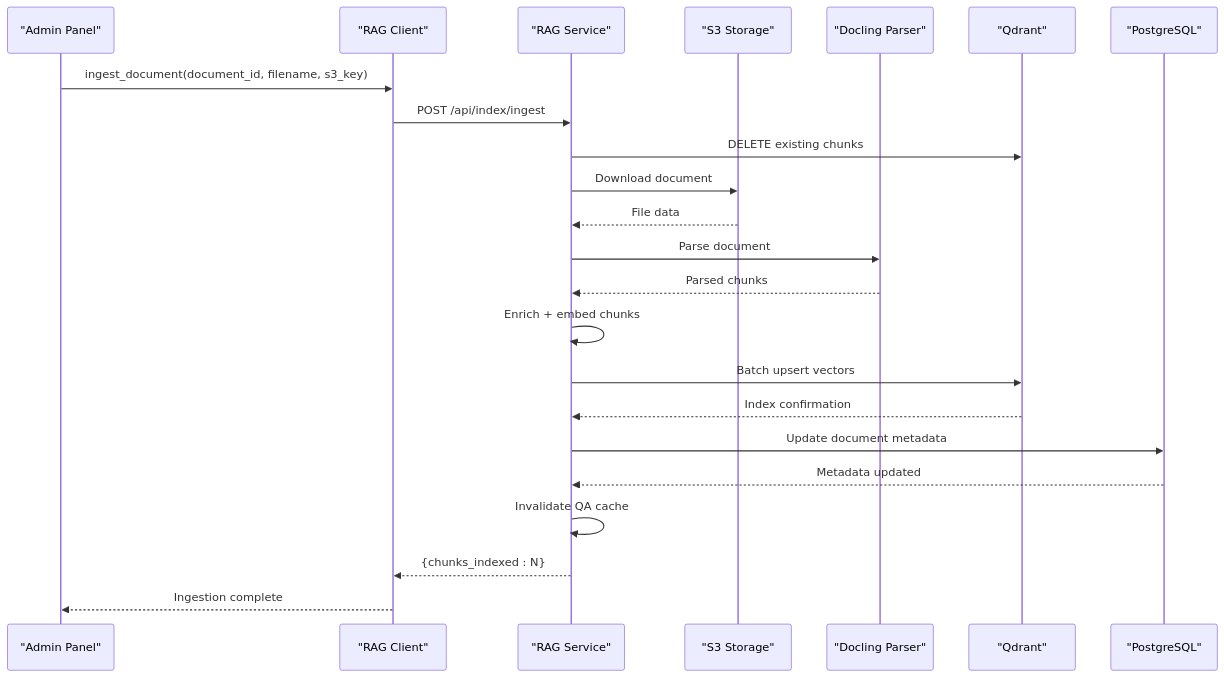
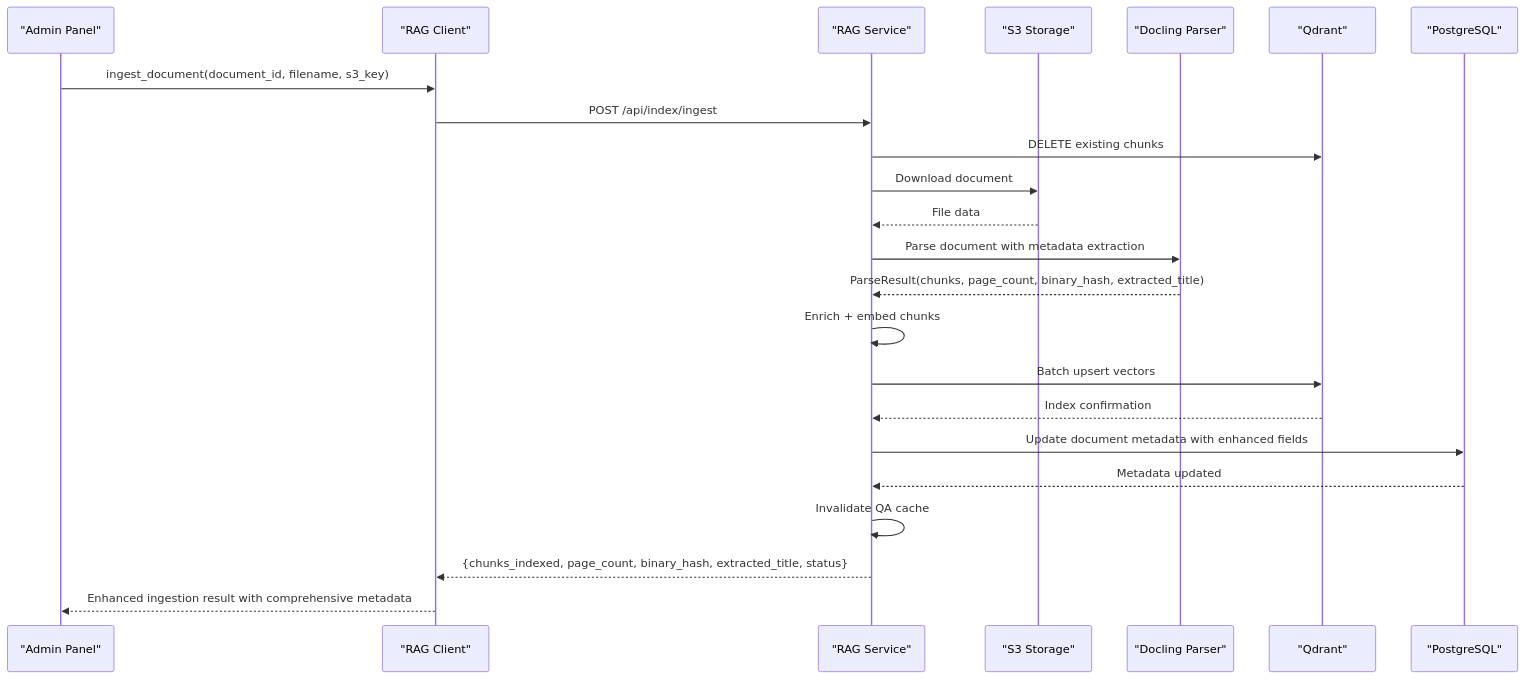
Before and after one commit to ognelis/cafetera_hr_bot: diagram 11 of 13 in .qoder/repowiki/en/content/API Reference/RAG Client Integration.md, drawn with Mermaid. The commit also changed other lines of this file and 9 other files, not shown here.

````diff
--- a/.qoder/repowiki/en/content/API Reference/RAG Client Integration.md
+++ b/.qoder/repowiki/en/content/API Reference/RAG Client Integration.md
@@ -527,25 +562,25 @@
 ```mermaid
 sequenceDiagram
 participant Admin as "Admin Panel"
 participant RAGClient as "RAG Client"
 participant RAGService as "RAG Service"
 participant S3 as "S3 Storage"
 participant Parser as "Docling Parser"
 participant Qdrant as "Qdrant"
 participant DB as "PostgreSQL"
 Admin->>RAGClient : ingest_document(document_id, filename, s3_key)
 RAGClient->>RAGService : POST /api/index/ingest
 RAGService->>Qdrant : DELETE existing chunks
 RAGService->>S3 : Download document
 S3-->>RAGService : File data
-RAGService->>Parser : Parse document
-Parser-->>RAGService : Parsed chunks
+RAGService->>Parser : Parse document with metadata extraction
+Parser-->>RAGService : ParseResult(chunks, page_count, binary_hash, extracted_title)
 RAGService->>RAGService : Enrich + embed chunks
 RAGService->>Qdrant : Batch upsert vectors
 Qdrant-->>RAGService : Index confirmation
-RAGService->>DB : Update document metadata
+RAGService->>DB : Update document metadata with enhanced fields
 DB-->>RAGService : Metadata updated
 RAGService->>RAGService : Invalidate QA cache
-RAGService-->>RAGClient : {chunks_indexed : N}
-RAGClient-->>Admin : Ingestion complete
+RAGService-->>RAGClient : {chunks_indexed, page_count, binary_hash, extracted_title, status}
+RAGClient-->>Admin : Enhanced ingestion result with comprehensive metadata
 ```
````
